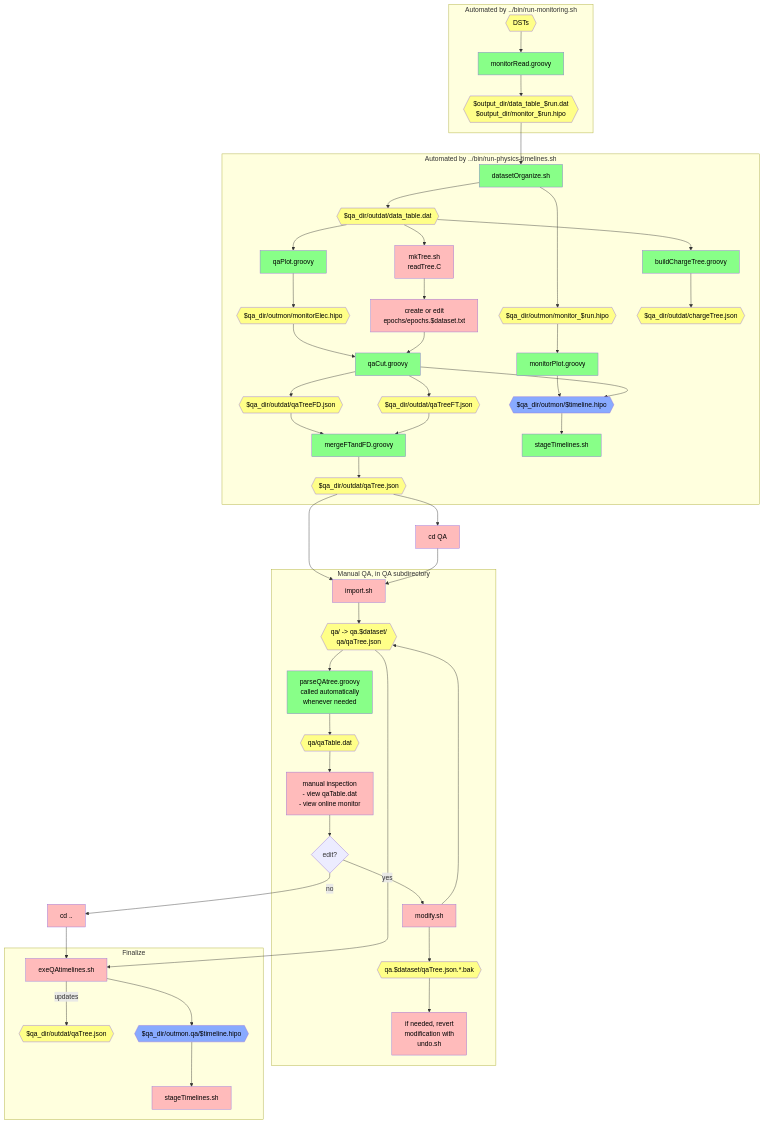
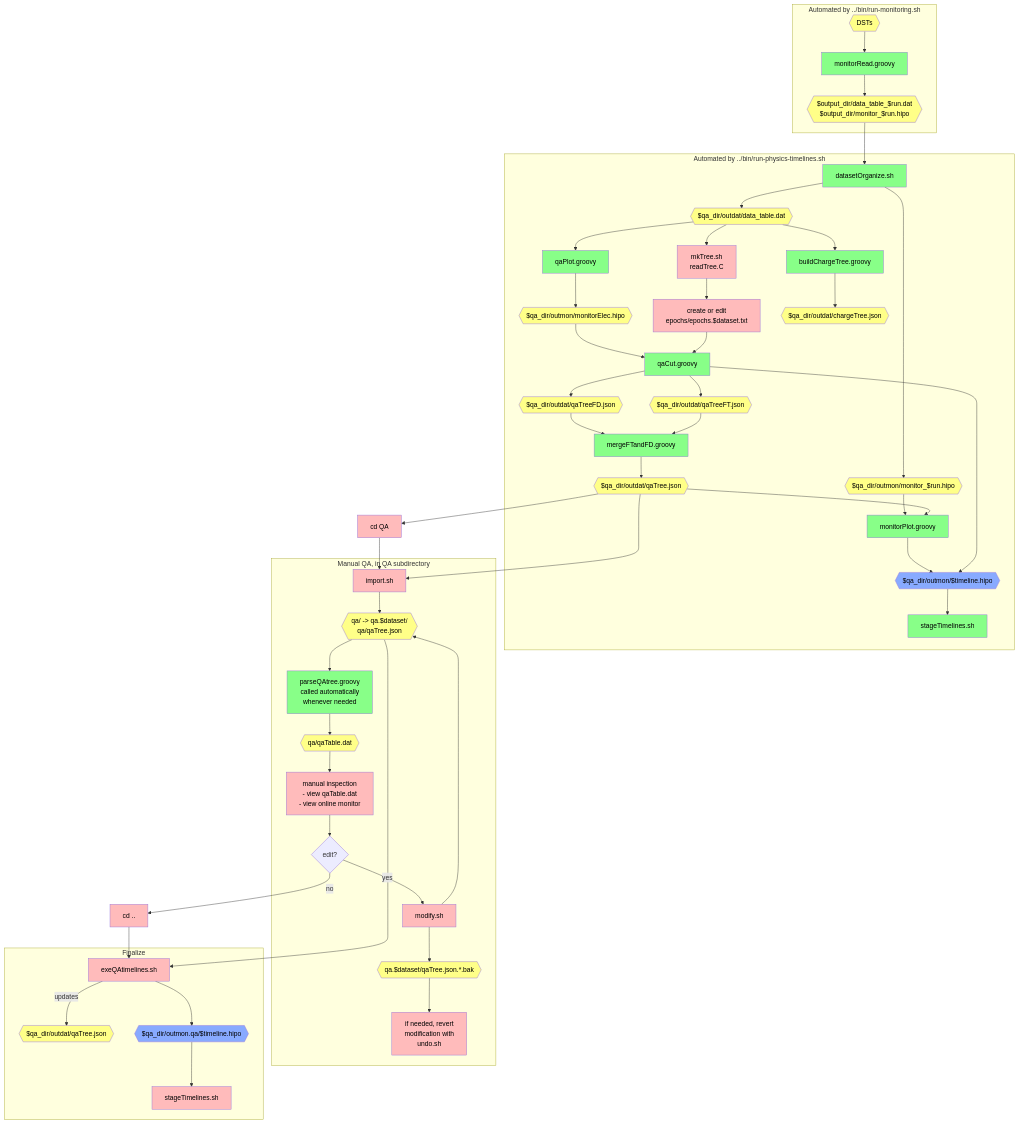
Before and after one commit to JeffersonLab/clas12-timeline: the second of 2 diagrams in qa-physics/docs/docDiagram.md, drawn with Mermaid.

Commit message:
doc: monitorPlot will need qaTree

```diff
--- a/qa-physics/docs/docDiagram.md
+++ b/qa-physics/docs/docDiagram.md
@@ -45,7 +45,9 @@
 
       monitorPlot[monitorPlot.groovy]:::auto
       timelineFiles{{$qa_dir/outmon/$timeline.hipo}}:::timeline
+      qaTree{{$qa_dir/outdat/qaTree.json}}:::data
       outmonFiles --> monitorPlot
+      qaTree --> monitorPlot
       monitorPlot --> timelineFiles
 
       qaPlot[qaPlot.groovy]:::auto
@@ -59,7 +61,6 @@
       mergeFTandFD[mergeFTandFD.groovy]:::auto
       qaTreeFD{{$qa_dir/outdat/qaTreeFD.json}}:::data
       qaTreeFT{{$qa_dir/outdat/qaTreeFT.json}}:::data
-      qaTree{{$qa_dir/outdat/qaTree.json}}:::data
       monitorElec --> qaCut
       createEpochs --> qaCut
       qaCut --> timelineFiles
```
